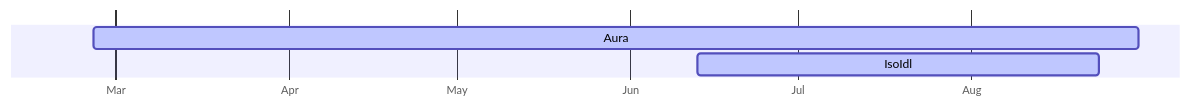
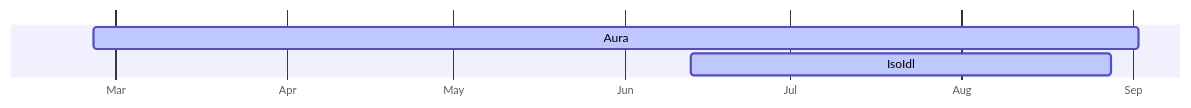
One commit to ambrosiacvet/quartz-devblog changed the diagram in content/index.md. Above: the diagram before and after it, drawn with Mermaid. The commit also changed 2 other files, not shown here.

Commit message:
Quartz sync: Jul 5, 2025, 4:14 PM

````diff
--- a/content/index.md
+++ b/content/index.md
@@ -19,10 +19,10 @@
 ```mermaid
 gantt
     dateFormat  MM-DD-YYYY
     axisFormat  %b
     tickInterval 1month
 
-	Aura       :active,     aura,         02-25-2025, 08-31-2025
-	IsoIdl      :active,     iso,          06-13-2025, 08-24-2025
+	Aura       :active,     aura,         02-25-2025, 09-02-2025
+	IsoIdl      :active,     iso,          06-13-2025, 08-28-2025
 	
 ```
````
